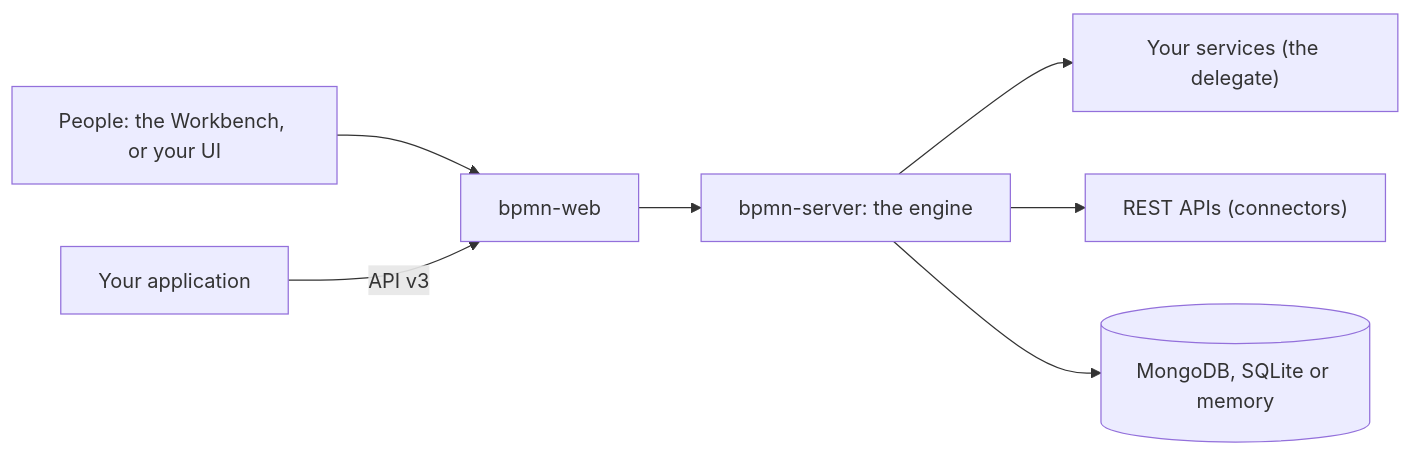
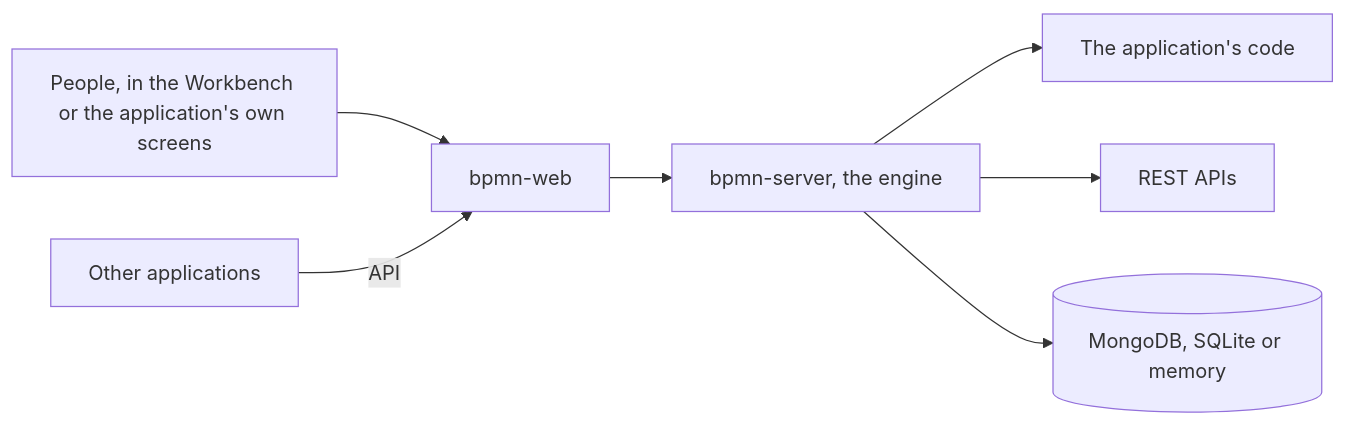
One commit to bpmnServer/bpmn-server changed the diagram in docs/docs/index.md. Above: the diagram before and after it, drawn with Mermaid. The commit also changed other lines of this file and 1 other file, not shown here.

````diff
--- a/docs/docs/index.md
+++ b/docs/docs/index.md
@@ -39,9 +73,9 @@
 ```mermaid
 flowchart LR
-    People["People: the Workbench, or your UI"] --> Web["bpmn-web"]
-    App["Your application"] -->|API v3| Web
-    Web --> Engine["bpmn-server: the engine"]
-    Engine --> Services["Your services (the delegate)"]
-    Engine --> Connectors["REST APIs (connectors)"]
+    People["People, in the Workbench or the application's own screens"] --> Web["bpmn-web"]
+    App["Other applications"] -->|API| Web
+    Web --> Engine["bpmn-server, the engine"]
+    Engine --> Services["The application's code"]
+    Engine --> Connectors["REST APIs"]
     Engine --> Store[("MongoDB, SQLite or memory")]
 ```
````
